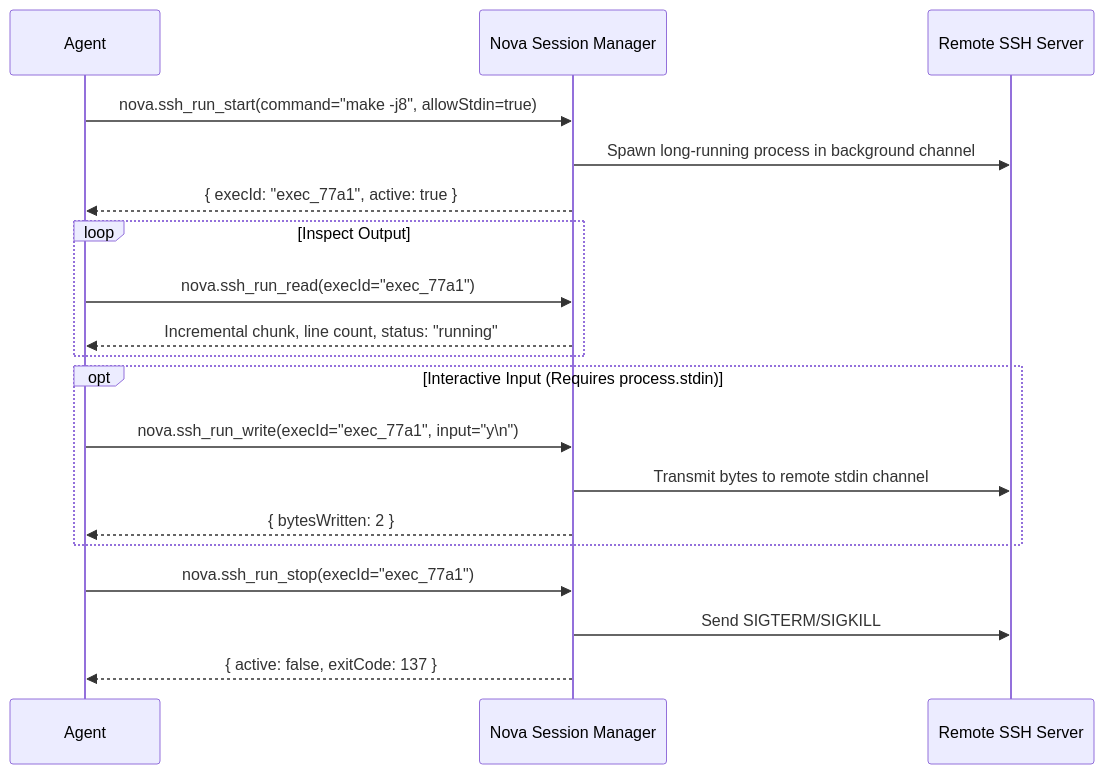
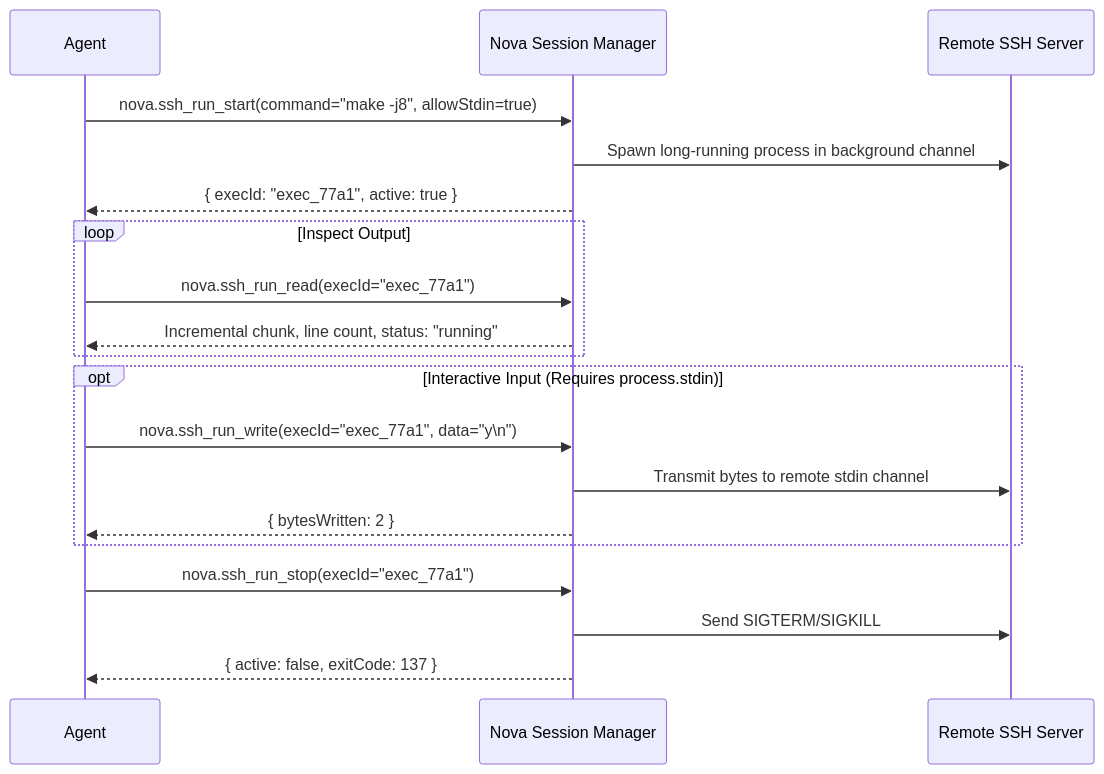
The fifth of 5 diagrams in docs/core-features/connectors/ssh/README.md (joelaniol/nova), drawn with Mermaid before and after one commit. The commit also changed 27 other files, not shown here.

Commit message:
docs(scheduled-tasks): expand architecture reference with triggers, executors, and workspaces

````diff
--- a/docs/core-features/connectors/ssh/README.md
+++ b/docs/core-features/connectors/ssh/README.md
@@ -161,25 +161,25 @@
 ```mermaid
 sequenceDiagram
     participant Agent as Agent
     participant Nova as Nova Session Manager
     participant Remote as Remote SSH Server
 
     Agent->>Nova: nova.ssh_run_start(command="make -j8", allowStdin=true)
     Nova->>Remote: Spawn long-running process in background channel
     Nova-->>Agent: { execId: "exec_77a1", active: true }
 
     loop Inspect Output
         Agent->>Nova: nova.ssh_run_read(execId="exec_77a1")
         Nova-->>Agent: Incremental chunk, line count, status: "running"
     end
 
     opt Interactive Input (Requires process.stdin)
-        Agent->>Nova: nova.ssh_run_write(execId="exec_77a1", input="y\n")
+        Agent->>Nova: nova.ssh_run_write(execId="exec_77a1", data="y\n")
         Nova->>Remote: Transmit bytes to remote stdin channel
         Nova-->>Agent: { bytesWritten: 2 }
     end
 
     Agent->>Nova: nova.ssh_run_stop(execId="exec_77a1")
     Nova->>Remote: Send SIGTERM/SIGKILL
     Nova-->>Agent: { active: false, exitCode: 137 }
 ```
````
